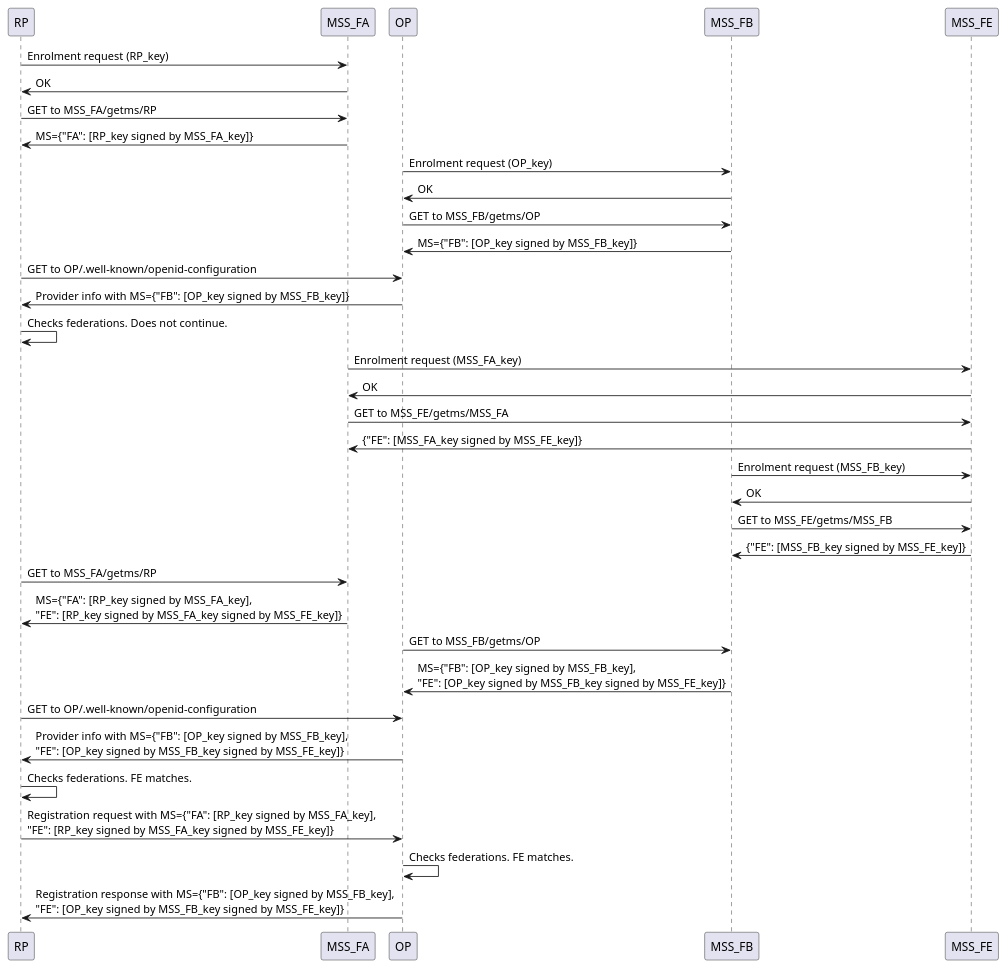
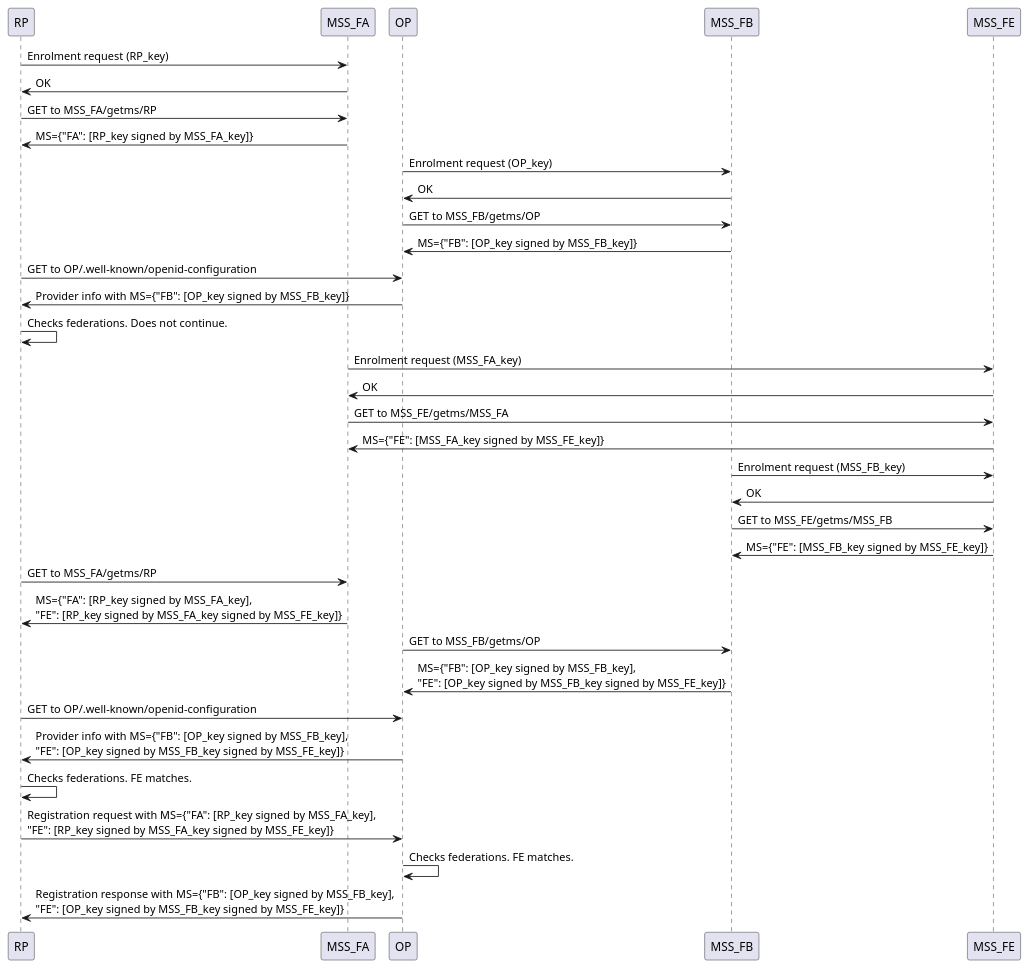
Before and after one commit to daserzw/fedoidc: the diagram in doc/howto/multifederation.plantuml, drawn with PlantUML.

Commit message:
Make diagram easier to read

```diff
--- a/doc/howto/multifederation.plantuml
+++ b/doc/howto/multifederation.plantuml
@@ -1,36 +1,36 @@
-RP -> MSS_FA: Enrolment request (RP_key)
-MSS_FA -> RP: OK
-RP -> MSS_FA: GET to MSS_FA/getms/RP
-MSS_FA -> RP: MS={"FA": [RP_key signed by MSS_FA_key]}
+RP      -> MSS_FA:  Enrolment request (RP_key)
+MSS_FA  -> RP:      OK
+RP      -> MSS_FA:  GET to MSS_FA/getms/RP
+MSS_FA  -> RP:      MS={"FA": [RP_key signed by MSS_FA_key]}
 
-OP -> MSS_FB: Enrolment request (OP_key)
-MSS_FB -> OP: OK
-OP -> MSS_FB: GET to MSS_FB/getms/OP
-MSS_FB -> OP: MS={"FB": [OP_key signed by MSS_FB_key]}
+OP      -> MSS_FB:  Enrolment request (OP_key)
+MSS_FB  -> OP:      OK
+OP      -> MSS_FB:  GET to MSS_FB/getms/OP
+MSS_FB  -> OP:      MS={"FB": [OP_key signed by MSS_FB_key]}
 
-RP -> OP: GET to OP/.well-known/openid-configuration
-OP -> RP: Provider info with MS={"FB": [OP_key signed by MSS_FB_key]}
-RP -> RP: Checks federations. Does not continue.
+RP      -> OP:      GET to OP/.well-known/openid-configuration
+OP      -> RP:      Provider info with MS={"FB": [OP_key signed by MSS_FB_key]}
+RP      -> RP:      Checks federations. Does not continue.
 
-MSS_FA -> MSS_FE: Enrolment request (MSS_FA_key)
-MSS_FE -> MSS_FA: OK
-MSS_FA -> MSS_FE: GET to MSS_FE/getms/MSS_FA
-MSS_FE -> MSS_FA: {"FE": [MSS_FA_key signed by MSS_FE_key]}
+MSS_FA  -> MSS_FE:  Enrolment request (MSS_FA_key)
+MSS_FE  -> MSS_FA:  OK
+MSS_FA  -> MSS_FE:  GET to MSS_FE/getms/MSS_FA
+MSS_FE  -> MSS_FA:  MS={"FE": [MSS_FA_key signed by MSS_FE_key]}
 
-MSS_FB -> MSS_FE: Enrolment request (MSS_FB_key)
-MSS_FE -> MSS_FB: OK
-MSS_FB -> MSS_FE: GET to MSS_FE/getms/MSS_FB
-MSS_FE -> MSS_FB: {"FE": [MSS_FB_key signed by MSS_FE_key]}
+MSS_FB  -> MSS_FE:  Enrolment request (MSS_FB_key)
+MSS_FE  -> MSS_FB:  OK
+MSS_FB  -> MSS_FE:  GET to MSS_FE/getms/MSS_FB
+MSS_FE  -> MSS_FB:  MS={"FE": [MSS_FB_key signed by MSS_FE_key]}
 
-RP -> MSS_FA: GET to MSS_FA/getms/RP
-MSS_FA -> RP: MS={"FA": [RP_key signed by MSS_FA_key], \n"FE": [RP_key signed by MSS_FA_key signed by MSS_FE_key]}
+RP      -> MSS_FA:  GET to MSS_FA/getms/RP
+MSS_FA  -> RP:      MS={"FA": [RP_key signed by MSS_FA_key], \n"FE": [RP_key signed by MSS_FA_key signed by MSS_FE_key]}
 
-OP -> MSS_FB: GET to MSS_FB/getms/OP
-MSS_FB -> OP: MS={"FB": [OP_key signed by MSS_FB_key], \n"FE": [OP_key signed by MSS_FB_key signed by MSS_FE_key]}
+OP      -> MSS_FB:  GET to MSS_FB/getms/OP
+MSS_FB  -> OP:      MS={"FB": [OP_key signed by MSS_FB_key], \n"FE": [OP_key signed by MSS_FB_key signed by MSS_FE_key]}
 
-RP -> OP: GET to OP/.well-known/openid-configuration
-OP -> RP: Provider info with MS={"FB": [OP_key signed by MSS_FB_key], \n"FE": [OP_key signed by MSS_FB_key signed by MSS_FE_key]}
-RP -> RP: Checks federations. FE matches.
-RP -> OP: Registration request with MS={"FA": [RP_key signed by MSS_FA_key], \n"FE": [RP_key signed by MSS_FA_key signed by MSS_FE_key]}
-OP -> OP: Checks federations. FE matches.
-OP -> RP: Registration response with MS={"FB": [OP_key signed by MSS_FB_key], \n"FE": [OP_key signed by MSS_FB_key signed by MSS_FE_key]}
+RP      -> OP:      GET to OP/.well-known/openid-configuration
+OP      -> RP:      Provider info with MS={"FB": [OP_key signed by MSS_FB_key], \n"FE": [OP_key signed by MSS_FB_key signed by MSS_FE_key]}
+RP      -> RP:      Checks federations. FE matches.
+RP      -> OP:      Registration request with MS={"FA": [RP_key signed by MSS_FA_key], \n"FE": [RP_key signed by MSS_FA_key signed by MSS_FE_key]}
+OP      -> OP:      Checks federations. FE matches.
+OP      -> RP:      Registration response with MS={"FB": [OP_key signed by MSS_FB_key], \n"FE": [OP_key signed by MSS_FB_key signed by MSS_FE_key]}
```
